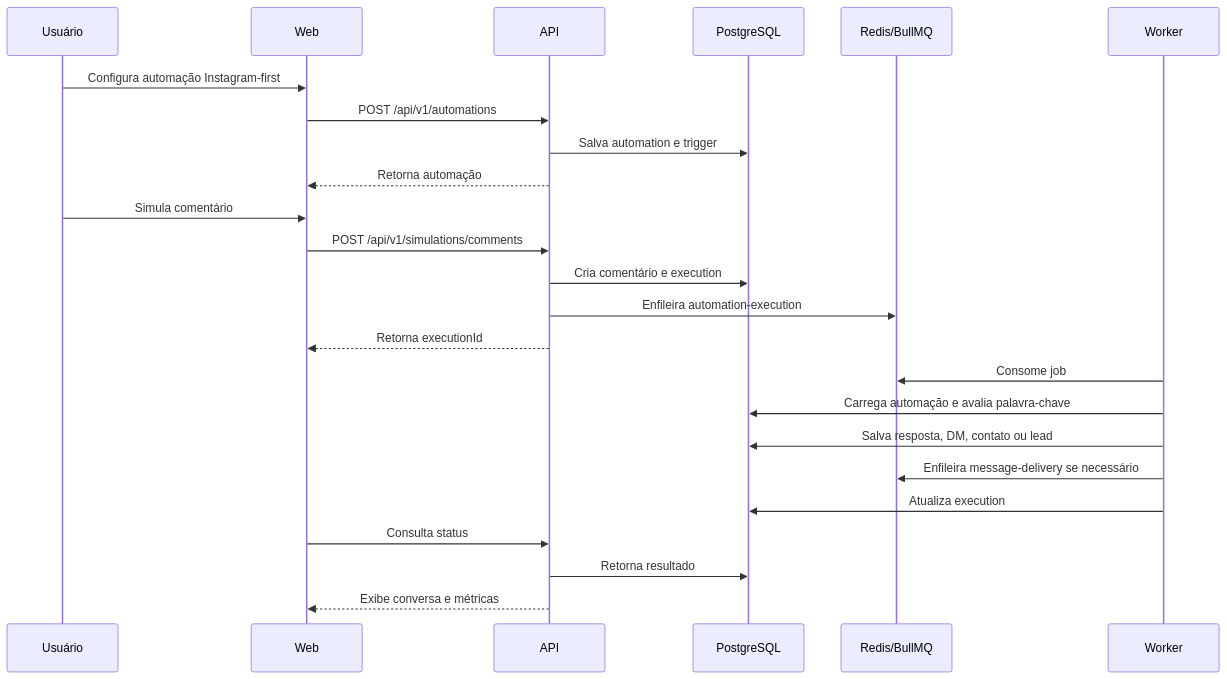
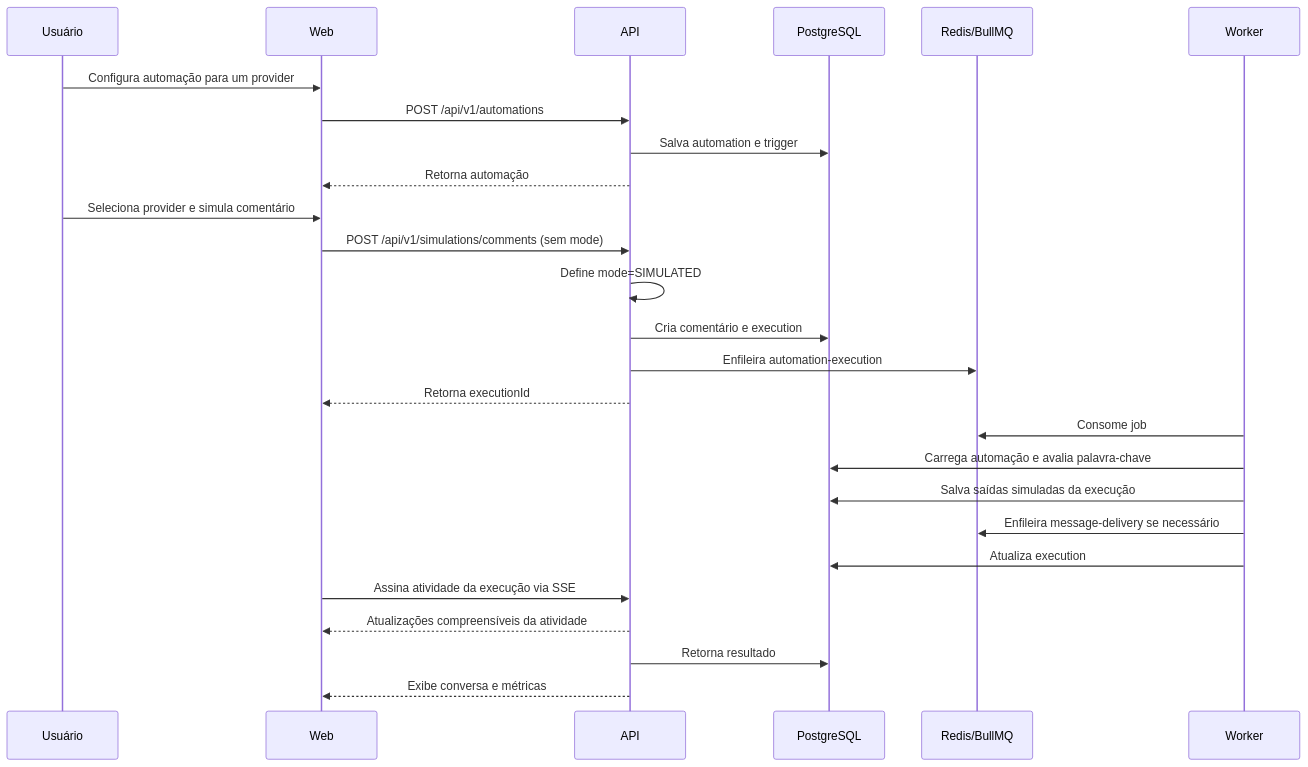
The second of 2 diagrams in docs/ARCHITECTURE.md (luis-henrique-carvalho/engancha), drawn with Mermaid before and after one commit. The commit also changed 4 other files, not shown here.

Commit message:
refactor: enhance simulation architecture by enabling provider selection and enforcing backend-side mode assignment

````diff
--- a/docs/ARCHITECTURE.md
+++ b/docs/ARCHITECTURE.md
@@ -475,29 +475,31 @@
 ```mermaid
 sequenceDiagram
   participant U as Usuário
   participant W as Web
   participant A as API
   participant P as PostgreSQL
   participant R as Redis/BullMQ
   participant K as Worker
 
-  U->>W: Configura automação Instagram-first
+  U->>W: Configura automação para um provider
   W->>A: POST /api/v1/automations
   A->>P: Salva automation e trigger
   A-->>W: Retorna automação
 
-  U->>W: Simula comentário
-  W->>A: POST /api/v1/simulations/comments
+  U->>W: Seleciona provider e simula comentário
+  W->>A: POST /api/v1/simulations/comments (sem mode)
+  A->>A: Define mode=SIMULATED
   A->>P: Cria comentário e execution
   A->>R: Enfileira automation-execution
   A-->>W: Retorna executionId
 
   K->>R: Consome job
   K->>P: Carrega automação e avalia palavra-chave
-  K->>P: Salva resposta, DM, contato ou lead
+  K->>P: Salva saídas simuladas da execução
   K->>R: Enfileira message-delivery se necessário
   K->>P: Atualiza execution
-  W->>A: Consulta status
+  W->>A: Assina atividade da execução via SSE
+  A-->>W: Atualizações compreensíveis da atividade
   A->>P: Retorna resultado
   A-->>W: Exibe conversa e métricas
 ```
````
